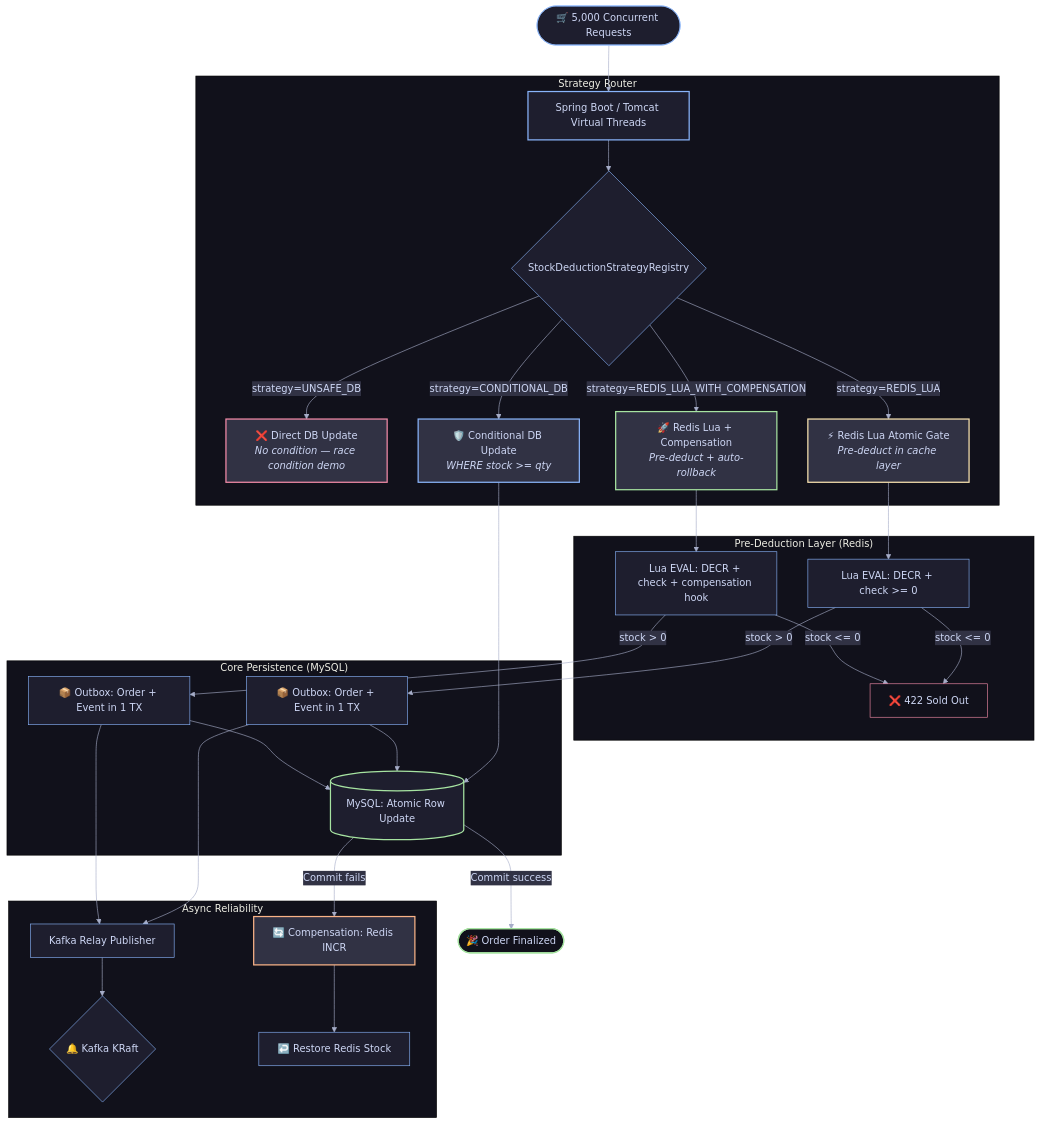
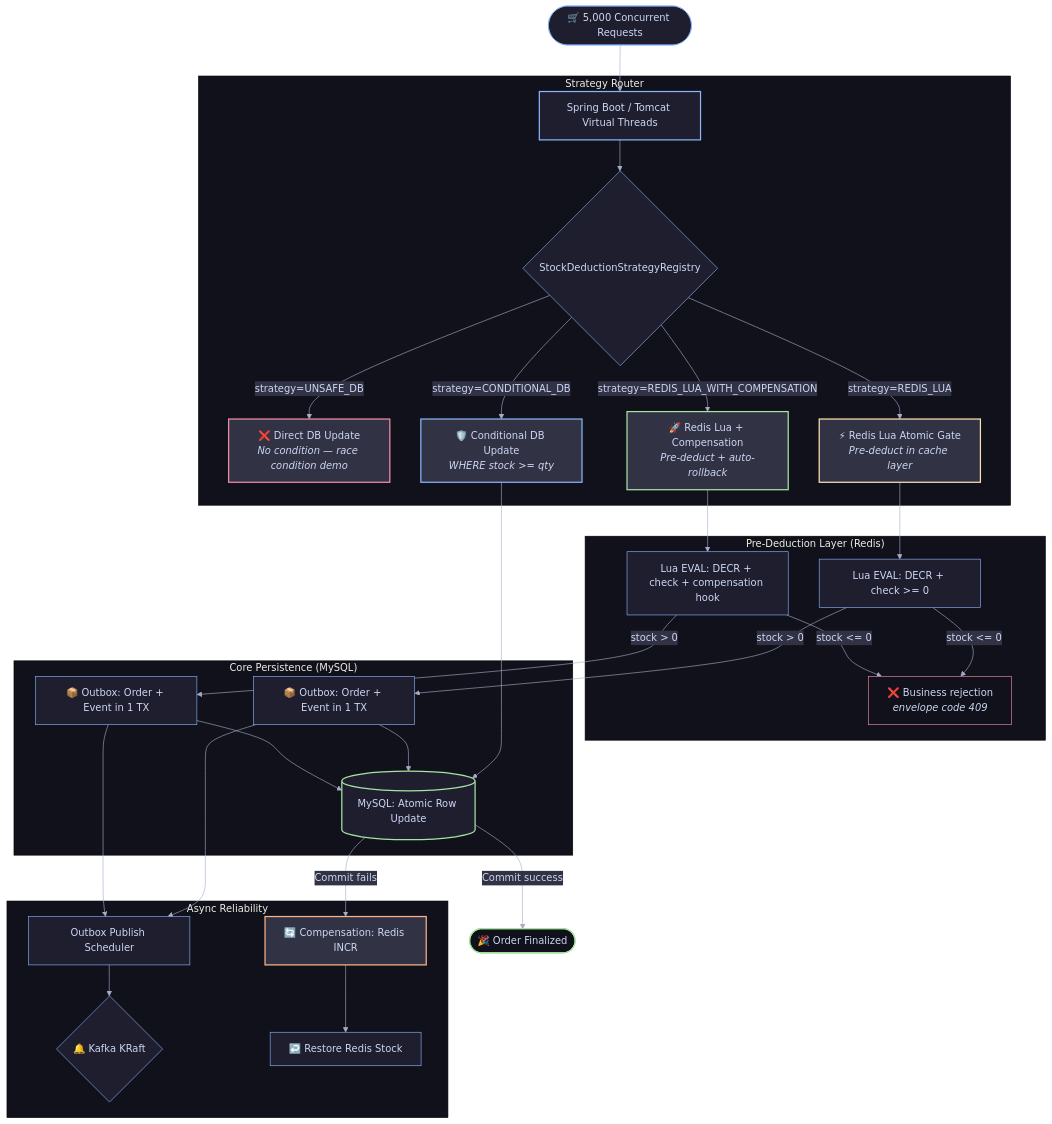
The first of 3 diagrams in README.md (qwan30/Flash-Sale-Concurrency-Engine), drawn with Mermaid before and after one commit. The commit also changed other lines of this file and 38 other files, not shown here.

````diff
--- a/README.md
+++ b/README.md
@@ -59,48 +61,48 @@
 ```mermaid
 %%{init: {'theme': 'base', 'themeVariables': { 'primaryColor': '#1e1e2e', 'primaryTextColor': '#cdd6f4', 'primaryBorderColor': '#89b4fa', 'lineColor': '#a6adc8', 'secondaryColor': '#313244', 'tertiaryColor': '#11111b'}}}%%
 graph TD
     User([🛒 5,000 Concurrent Requests]) --> API[Spring Boot / Tomcat Virtual Threads]
 
     subgraph Strategy_Selection["Strategy Router"]
         API --> Registry{StockDeductionStrategyRegistry}
         Registry -->|strategy=UNSAFE_DB| Unsafe["❌ Direct DB Update<br/><i>No condition — race condition demo</i>"]
         Registry -->|strategy=CONDITIONAL_DB| CondDB["🛡️ Conditional DB Update<br/><i>WHERE stock >= qty</i>"]
         Registry -->|strategy=REDIS_LUA| RedisLua["⚡ Redis Lua Atomic Gate<br/><i>Pre-deduct in cache layer</i>"]
         Registry -->|strategy=REDIS_LUA_WITH_COMPENSATION| RedisComp["🚀 Redis Lua + Compensation<br/><i>Pre-deduct + auto-rollback</i>"]
     end
 
     subgraph Cache_Layer["Pre-Deduction Layer (Redis)"]
         RedisLua --> LuaScript["Lua EVAL: DECR + check >= 0"]
         RedisComp --> LuaScriptComp["Lua EVAL: DECR + check + compensation hook"]
-        LuaScript -- "stock <= 0" --> Reject["❌ 422 Sold Out"]
+        LuaScript -- "stock <= 0" --> Reject["❌ Business rejection<br/><i>envelope code 409</i>"]
         LuaScriptComp -- "stock <= 0" --> Reject
     end
 
     subgraph Persistence_Layer["Core Persistence (MySQL)"]
         CondDB --> MySQL[(MySQL: Atomic Row Update)]
         LuaScript -- "stock > 0" --> Outbox["📦 Outbox: Order + Event in 1 TX"]
         LuaScriptComp -- "stock > 0" --> OutboxComp["📦 Outbox: Order + Event in 1 TX"]
         Outbox --> MySQL
         OutboxComp --> MySQL
     end
 
     subgraph Reliability_Layer["Async Reliability"]
-        Outbox --> KafkaRelay["Kafka Relay Publisher"]
-        OutboxComp --> KafkaRelay
-        KafkaRelay --> Kafka{🔔 Kafka KRaft}
+        Outbox --> OutboxScheduler["Outbox Publish Scheduler"]
+        OutboxComp --> OutboxScheduler
+        OutboxScheduler --> Kafka{🔔 Kafka KRaft}
         MySQL -- "Commit fails" --> Rollback["🔄 Compensation: Redis INCR"]
         Rollback --> RedisReset["↩️ Restore Redis Stock"]
     end
 
     MySQL -- "Commit success" --> Done([🎉 Order Finalized])
 
     style API fill:#1e1e2e,stroke:#89b4fa,stroke-width:2px
     style RedisComp fill:#313244,stroke:#a6e3a1,stroke-width:2px
     style RedisLua fill:#313244,stroke:#f9e2af,stroke-width:2px
     style CondDB fill:#313244,stroke:#89b4fa,stroke-width:2px
     style Unsafe fill:#313244,stroke:#f38ba8,stroke-width:2px
     style MySQL fill:#1e1e2e,stroke:#a6e3a1,stroke-width:2px
     style Reject fill:#11111b,stroke:#f38ba8,stroke-width:1px
     style Done fill:#11111b,stroke:#a6e3a1,stroke-width:2px
     style Rollback fill:#313244,stroke:#fab387,stroke-width:2px
 ```
````
